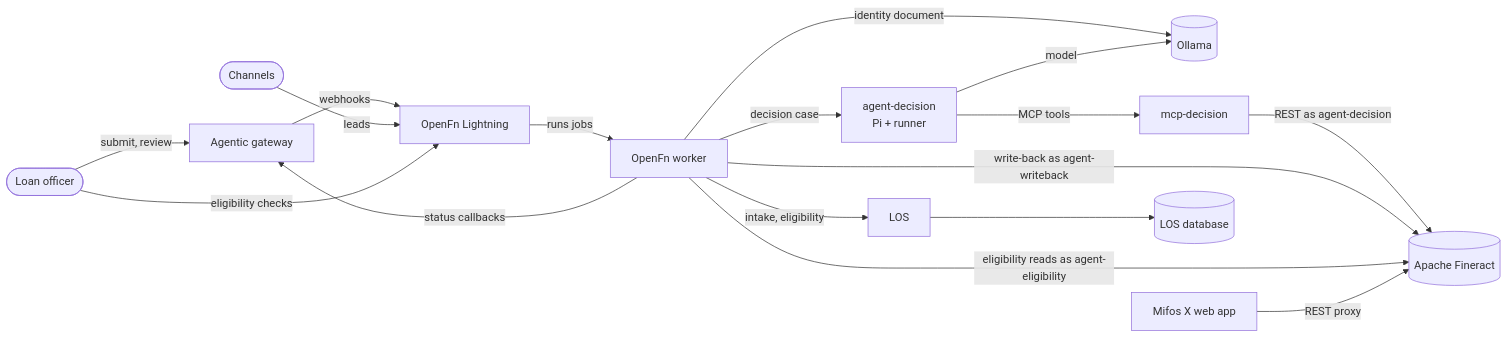
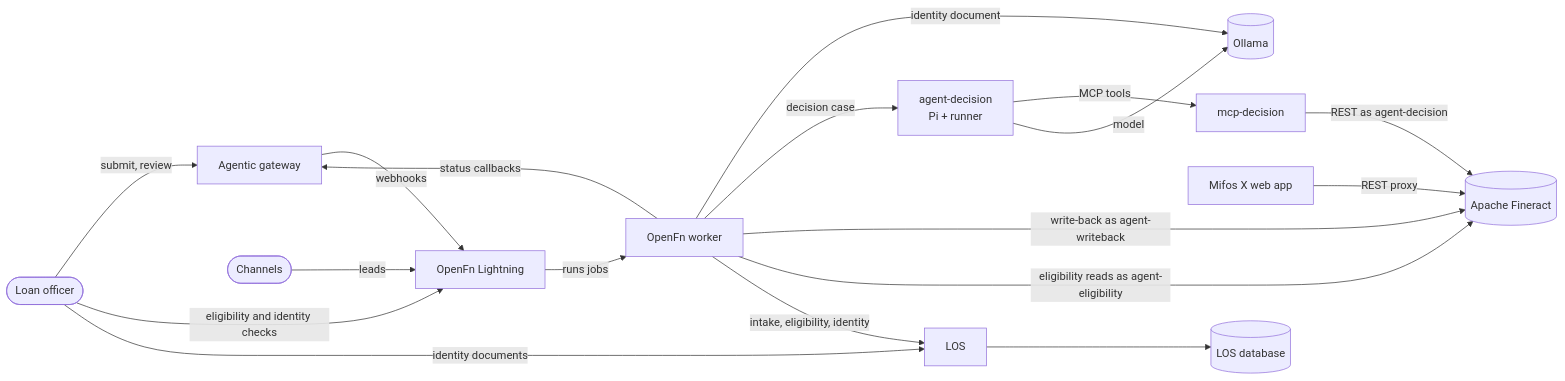
Before and after one commit to openMF/mcp-mifosx: the first of 2 diagrams in agentic-mifos-sandbox/README.md, drawn with Mermaid. The commit also changed other lines of this file and 14 other files, not shown here.

First line of the commit message:
feat(sandbox): identity document check for the commercial flow

````diff
--- a/agentic-mifos-sandbox/README.md
+++ b/agentic-mifos-sandbox/README.md
@@ -62,19 +62,20 @@
 ```mermaid
 flowchart LR
   officer([Loan officer]) -->|submit, review| gateway[Agentic gateway]
   gateway -->|webhooks| lightning[OpenFn Lightning]
   lightning -->|runs jobs| worker[OpenFn worker]
   worker -->|status callbacks| gateway
   worker -->|identity document| ollama[(Ollama)]
   worker -->|decision case| agent[agent-decision<br/>Pi + runner]
   agent -->|MCP tools| mcp[mcp-decision]
   agent -->|model| ollama
   mcp -->|REST as agent-decision| fineract[(Apache Fineract)]
   worker -->|write-back as agent-writeback| fineract
   worker -->|eligibility reads as agent-eligibility| fineract
   webapp[Mifos X web app] -->|REST proxy| fineract
   channel([Channels]) -->|leads| lightning
-  officer -->|eligibility checks| lightning
-  worker -->|intake, eligibility| los[LOS]
+  officer -->|eligibility and identity checks| lightning
+  officer -->|identity documents| los[LOS]
+  worker -->|intake, eligibility, identity| los
   los --> losdb[(LOS database)]
 ```
````
